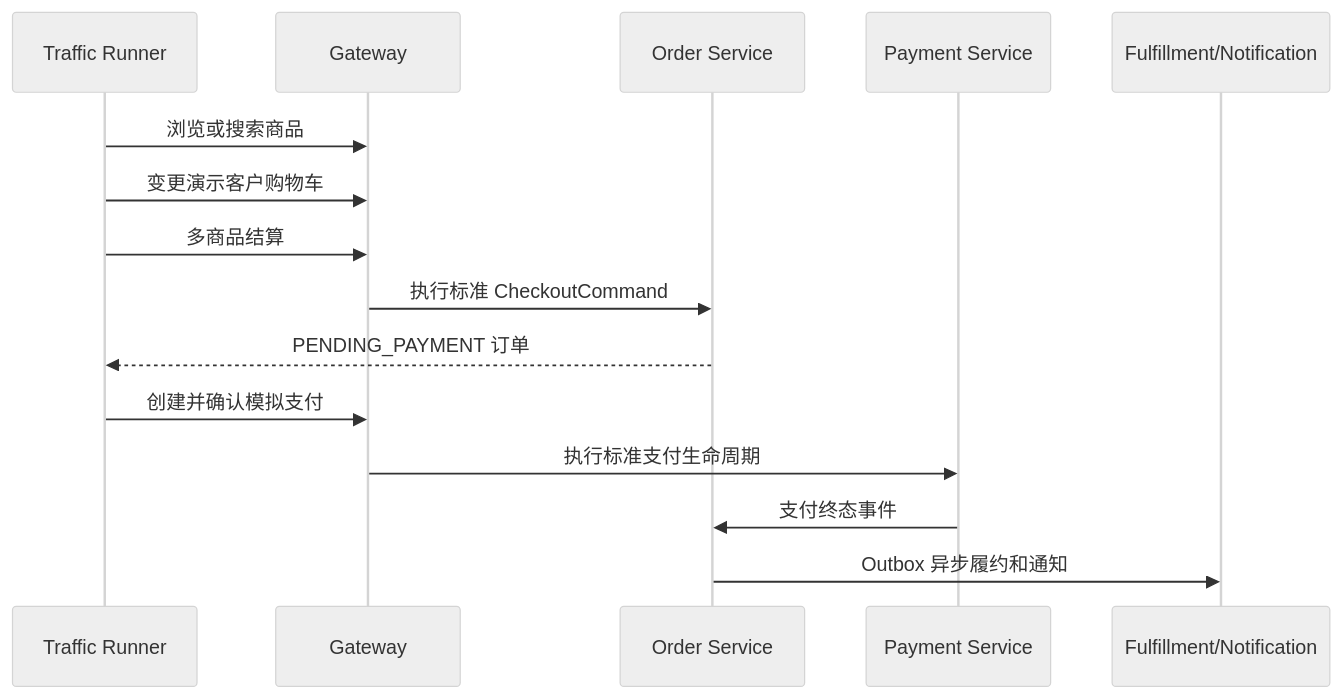
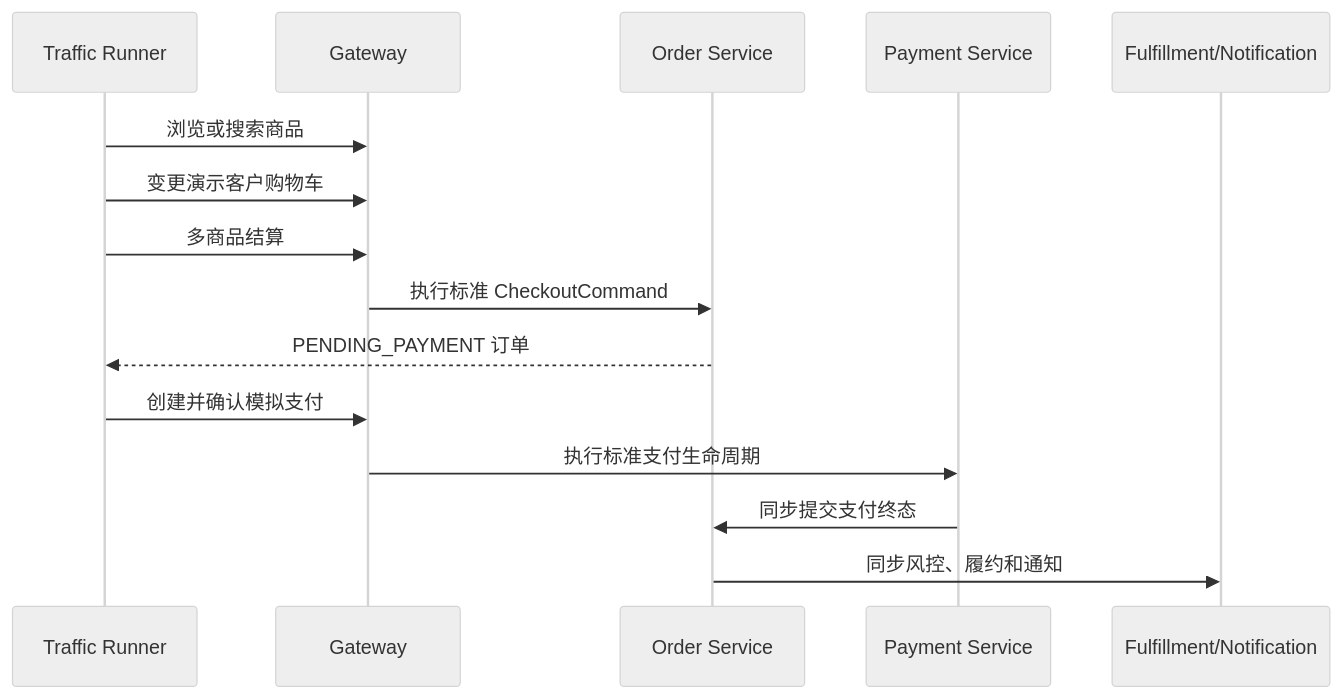
Before and after one commit to asatasinon/mall-chaos: the fourth of 5 diagrams in _docs/technical-design.md, drawn with Mermaid (neutral theme). The commit also changed other lines of this file and 38 other files, not shown here.

````diff
--- a/_docs/technical-design.md
+++ b/_docs/technical-design.md
@@ -206,18 +199,18 @@
 ```mermaid
 sequenceDiagram
   participant Runner as Traffic Runner
   participant G as Gateway
   participant O as Order Service
   participant Pay as Payment Service
   participant F as Fulfillment/Notification
 
   Runner->>G: 浏览或搜索商品
   Runner->>G: 变更演示客户购物车
   Runner->>G: 多商品结算
   G->>O: 执行标准 CheckoutCommand
   O-->>Runner: PENDING_PAYMENT 订单
   Runner->>G: 创建并确认模拟支付
   G->>Pay: 执行标准支付生命周期
-  Pay->>O: 支付终态事件
-  O->>F: Outbox 异步履约和通知
+  Pay->>O: 同步提交支付终态
+  O->>F: 同步风控、履约和通知
 ```
````
